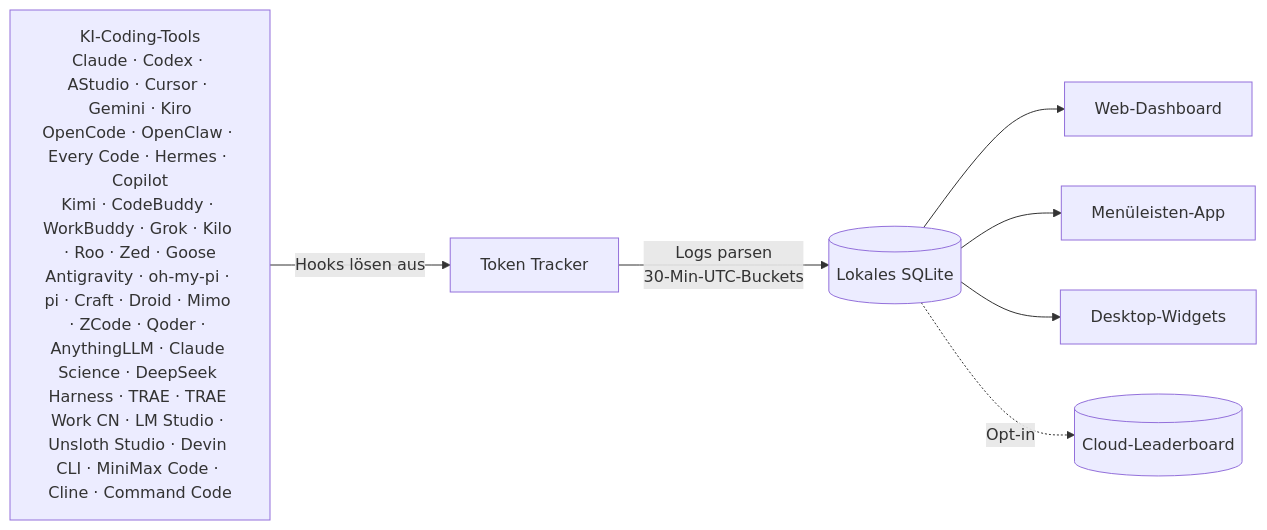
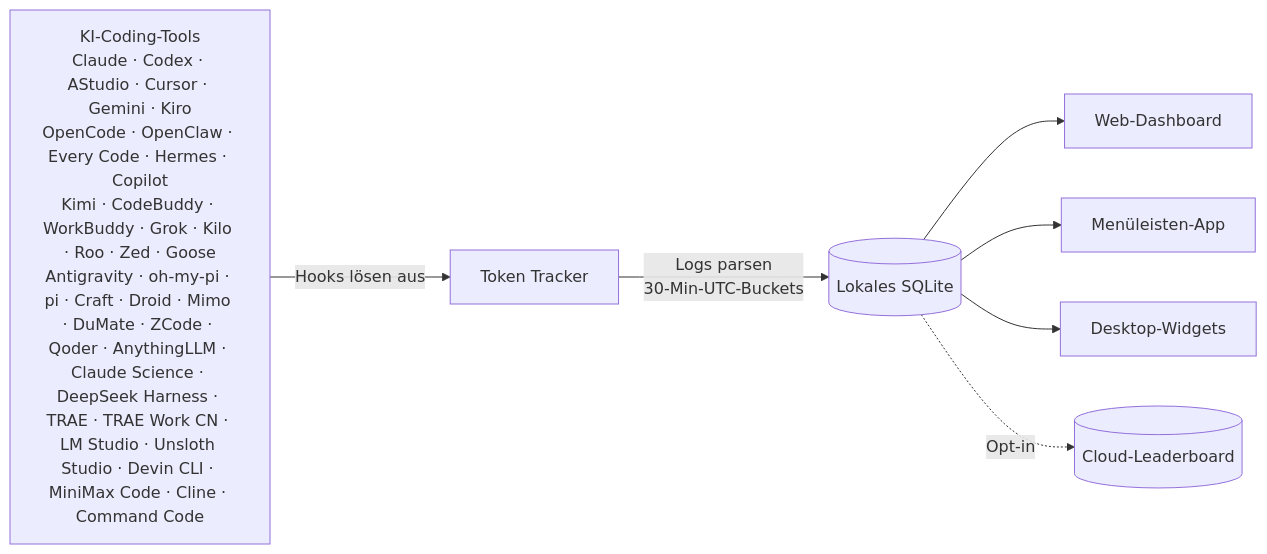
Before and after one commit to 01UNCLEDOG01/TokenTracker-Plus: the diagram in README.de.md, drawn with Mermaid. The commit also changed other lines of this file and 110 other files, not shown here.

````diff
--- a/README.de.md
+++ b/README.de.md
@@ -248,10 +249,10 @@
 ```mermaid
 flowchart LR
-    A["KI-Coding-Tools<br/>Claude · Codex · AStudio · Cursor · Gemini · Kiro<br/>OpenCode · OpenClaw · Every Code · Hermes · Copilot<br/>Kimi · CodeBuddy · WorkBuddy · Grok · Kilo · Roo · Zed · Goose<br/>Antigravity · oh-my-pi · pi · Craft · Droid · Mimo · ZCode · Qoder · AnythingLLM · Claude Science · DeepSeek Harness · TRAE · TRAE Work CN · LM Studio · Unsloth Studio · Devin CLI · MiniMax Code · Cline · Command Code"]
+    A["KI-Coding-Tools<br/>Claude · Codex · AStudio · Cursor · Gemini · Kiro<br/>OpenCode · OpenClaw · Every Code · Hermes · Copilot<br/>Kimi · CodeBuddy · WorkBuddy · Grok · Kilo · Roo · Zed · Goose<br/>Antigravity · oh-my-pi · pi · Craft · Droid · Mimo · DuMate · ZCode · Qoder · AnythingLLM · Claude Science · DeepSeek Harness · TRAE · TRAE Work CN · LM Studio · Unsloth Studio · Devin CLI · MiniMax Code · Cline · Command Code"]
     A -->|Hooks lösen aus| B[Token Tracker]
     B -->|Logs parsen<br/>30-Min-UTC-Buckets| C[(Lokales SQLite)]
     C --> D[Web-Dashboard]
     C --> E[Menüleisten-App]
     C --> F[Desktop-Widgets]
     C -.->|Opt-in| G[(Cloud-Leaderboard)]
 ```
````
